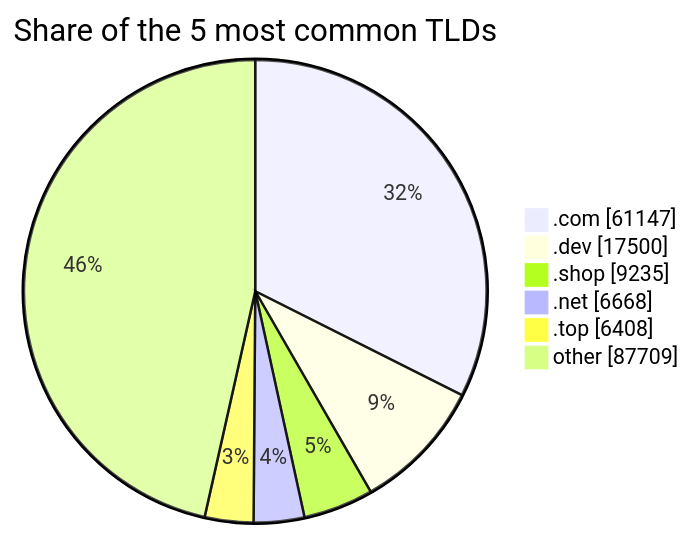
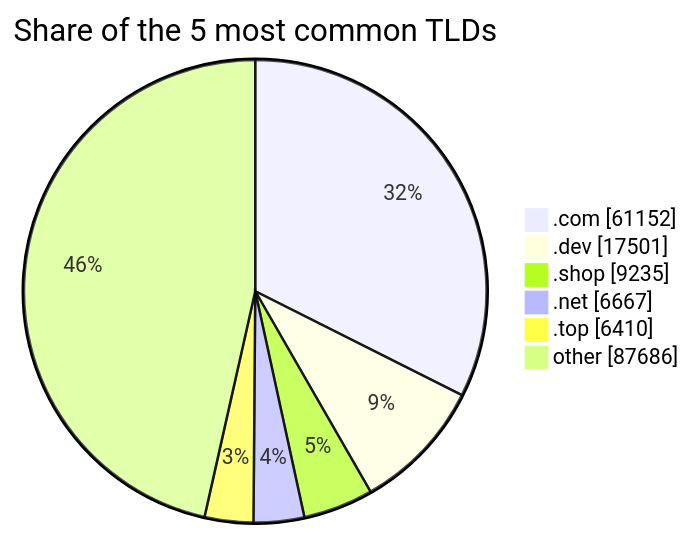
Before and after one commit to DNSBunker/CTI: the third of 3 diagrams in README.md, drawn with Mermaid. The commit also changed other lines of this file and 3 other files, not shown here.

````diff
--- a/README.md
+++ b/README.md
@@ -81,9 +81,9 @@
 ```mermaid
 pie showData title Share of the 5 most common TLDs
-    ".com" : 61147
-    ".dev" : 17500
+    ".com" : 61152
+    ".dev" : 17501
     ".shop" : 9235
-    ".net" : 6668
-    ".top" : 6408
-    "other" : 87709
+    ".net" : 6667
+    ".top" : 6410
+    "other" : 87686
 ```
````
